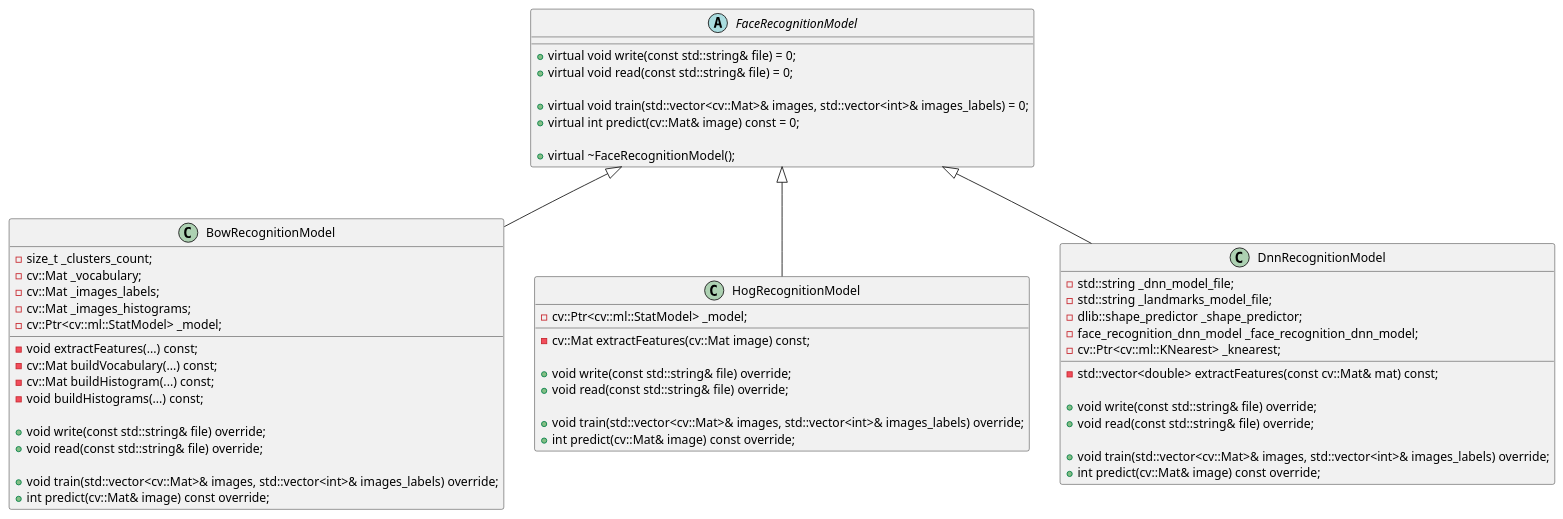
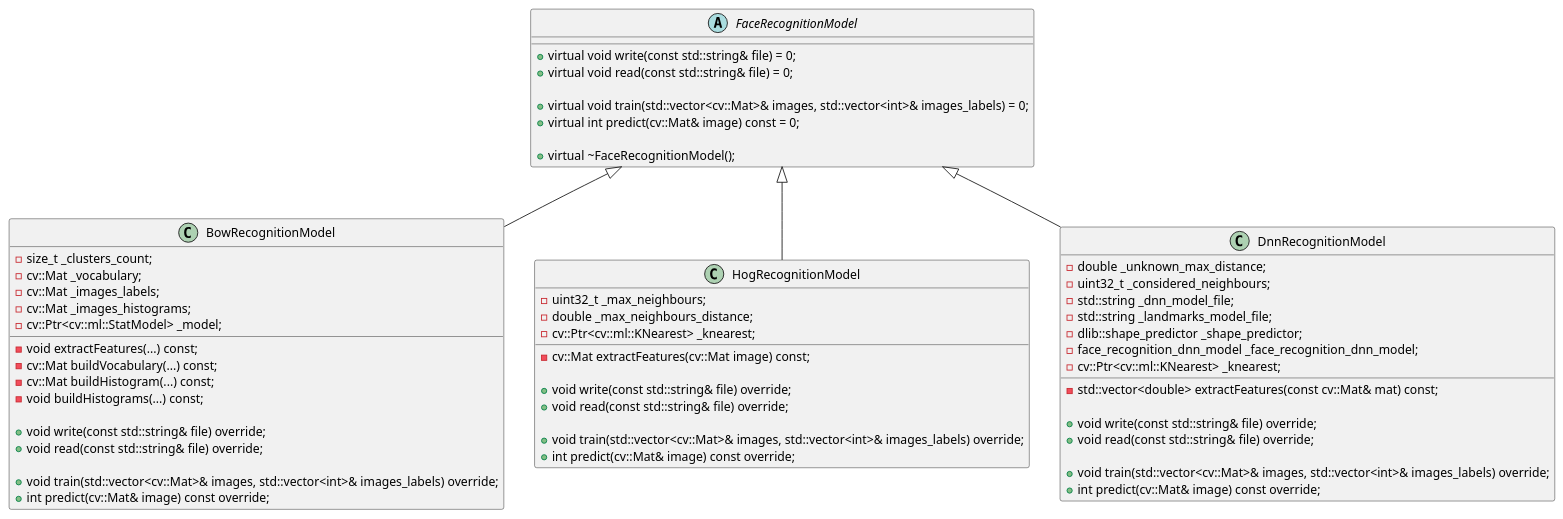
One commit to st235/HSE.2DImageProcessing.Week7 changed the diagram in UML/face_recognition.puml. Above: the diagram before and after it, drawn with PlantUML. The commit also changed 3 other files, not shown here.

Commit message:
updated readme: fixed uml models.

```diff
--- a/UML/face_recognition.puml
+++ b/UML/face_recognition.puml
@@ -1,63 +1,67 @@
 @startuml
 
 abstract class FaceRecognitionModel {
 + virtual void write(const std::string& file) = 0;
 + virtual void read(const std::string& file) = 0;
 
 + virtual void train(std::vector<cv::Mat>& images, std::vector<int>& images_labels) = 0;
 + virtual int predict(cv::Mat& image) const = 0;
 
 + virtual ~FaceRecognitionModel();
 }
 
 class BowRecognitionModel {
 - size_t _clusters_count;
 - cv::Mat _vocabulary;
 - cv::Mat _images_labels;
 - cv::Mat _images_histograms;
 - cv::Ptr<cv::ml::StatModel> _model;
 
 - void extractFeatures(...) const;
 - cv::Mat buildVocabulary(...) const;
 - cv::Mat buildHistogram(...) const;
 - void buildHistograms(...) const;
 
 + void write(const std::string& file) override;
 + void read(const std::string& file) override;
 
 + void train(std::vector<cv::Mat>& images, std::vector<int>& images_labels) override;
 + int predict(cv::Mat& image) const override;
 }
 
 class HogRecognitionModel {
-- cv::Ptr<cv::ml::StatModel> _model;
+- uint32_t _max_neighbours;
+- double _max_neighbours_distance;
+- cv::Ptr<cv::ml::KNearest> _knearest;
 - cv::Mat extractFeatures(cv::Mat image) const;
 
 + void write(const std::string& file) override;
 + void read(const std::string& file) override;
 
 + void train(std::vector<cv::Mat>& images, std::vector<int>& images_labels) override;
 + int predict(cv::Mat& image) const override;
 }
 
 class DnnRecognitionModel {
+- double _unknown_max_distance;
+- uint32_t _considered_neighbours;
 - std::string _dnn_model_file;
 - std::string _landmarks_model_file;
 - dlib::shape_predictor _shape_predictor;
 - face_recognition_dnn_model _face_recognition_dnn_model;
 - cv::Ptr<cv::ml::KNearest> _knearest;
 
 - std::vector<double> extractFeatures(const cv::Mat& mat) const;
 
 + void write(const std::string& file) override;
 + void read(const std::string& file) override;
 
 + void train(std::vector<cv::Mat>& images, std::vector<int>& images_labels) override;
 + int predict(cv::Mat& image) const override;
 }
 
 FaceRecognitionModel <|-- BowRecognitionModel
 FaceRecognitionModel <|-- HogRecognitionModel
 FaceRecognitionModel <|-- DnnRecognitionModel
 
 @enduml
```
